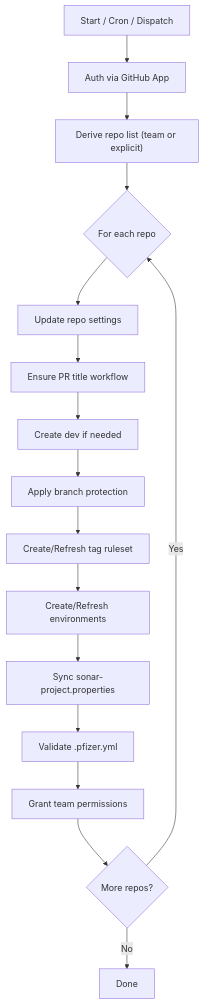
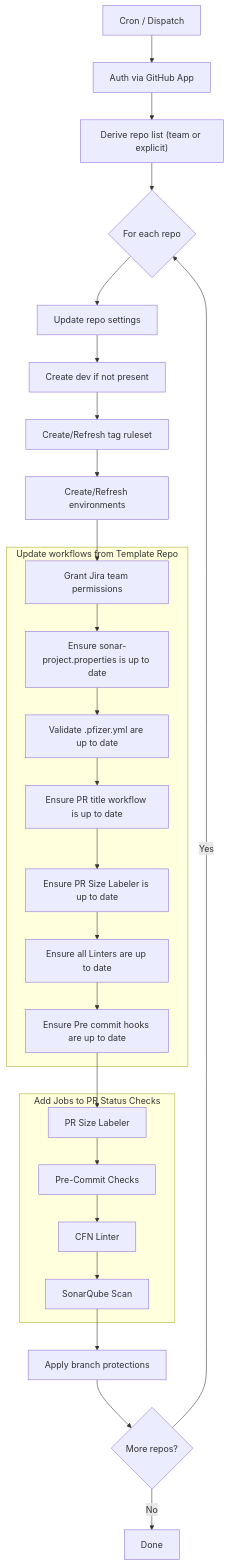
Before and after one commit to pm-org-1/repo-1: the diagram in readme.md, drawn with Mermaid.

````diff
--- a/readme.md
+++ b/readme.md
@@ -54,18 +54,31 @@
 ```mermaid
 graph TD
-    A[Start / Cron / Dispatch] --> B[Auth via GitHub App]
+    A[Cron / Dispatch] --> B[Auth via GitHub App]
     B --> C["Derive repo list (team or explicit)"]
     C --> D{For each repo}
-    D --> E[Update repo settings]
-    E --> F[Ensure PR title workflow]
-    F --> G[Create dev if needed]
-    G --> H[Apply branch protection]
-    H --> I[Create/Refresh tag ruleset]
+    D --> E[Update repo settings]    
+    E --> G[Create dev if not present]    
+    G --> I[Create/Refresh tag ruleset]
     I --> J[Create/Refresh environments]
-    J --> K[Sync sonar-project.properties]
-    K --> L[Validate .pfizer.yml]
-    L --> M[Grant team permissions]
-    M --> N{More repos?}
-    N -->|Yes| D
-    N -->|No| O[Done]
+    J --> K[Grant Jira team permissions]    
+    subgraph Update workflows from Template Repo
+        K --> L[Ensure sonar-project.properties is up to date]
+        L --> M[Validate .pfizer.yml are up to date]
+        M --> N[Ensure PR title workflow is up to date]
+        N --> O[Ensure PR Size Labeler is up to date]
+        O --> P[Ensure all Linters are up to date]
+        P --> Q[Ensure Pre commit hooks are up to date]
+    end
+    subgraph Add Jobs to PR Status Checks
+        Q --> R[PR Size Labeler]
+        R --> S[Pre-Commit Checks]
+        S --> T[CFN Linter]
+        T --> U[SonarQube Scan]
+    end
+    U --> V[Apply branch protections]
+    V --> W{More repos?}
+    W -->|Yes| D
+    W -->|No| X[Done]
+    
+    
 ```
````
